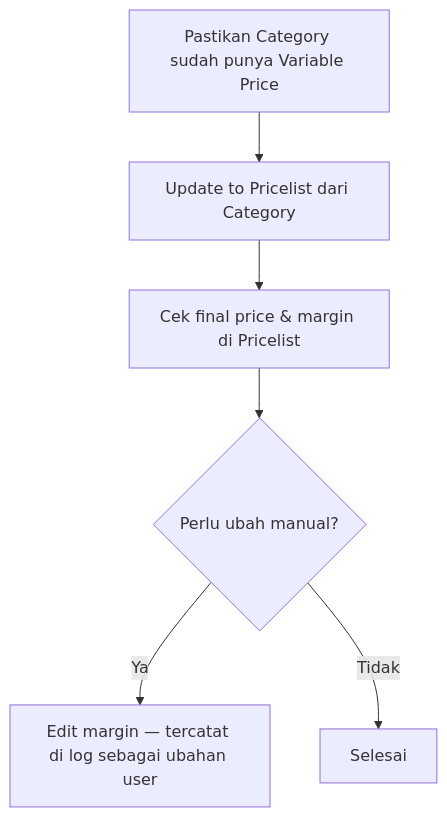
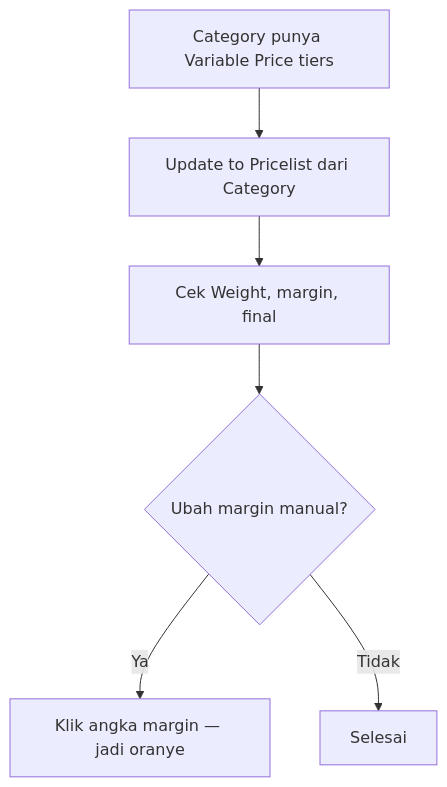
One commit to yendyr/olshoperp-docs changed the diagram in qa-docs/businessdevelopment-pricelist-product/knowledge-base.md. Above: the diagram before and after it, drawn with Mermaid. The commit also changed other lines of this file and 17 other files, not shown here.

First line of the commit message:
docs(bd): sync Variable Price multi-tier stack to review (ETM-16312/13/14)

````diff
--- a/qa-docs/businessdevelopment-pricelist-product/knowledge-base.md
+++ b/qa-docs/businessdevelopment-pricelist-product/knowledge-base.md
@@ -20,8 +20,8 @@
 ```mermaid
 flowchart TD
-    A[Pastikan Category sudah punya Variable Price] --> B[Update to Pricelist dari Category]
-    B --> C[Cek final price & margin di Pricelist]
-    C --> D{Perlu ubah manual?}
-    D -->|Ya| E[Edit margin — tercatat di log sebagai ubahan user]
+    A[Category punya Variable Price tiers] --> B[Update to Pricelist dari Category]
+    B --> C[Cek Weight, margin, final]
+    C --> D{Ubah margin manual?}
+    D -->|Ya| E[Klik angka margin — jadi oranye]
     D -->|Tidak| F[Selesai]
 ```
````
